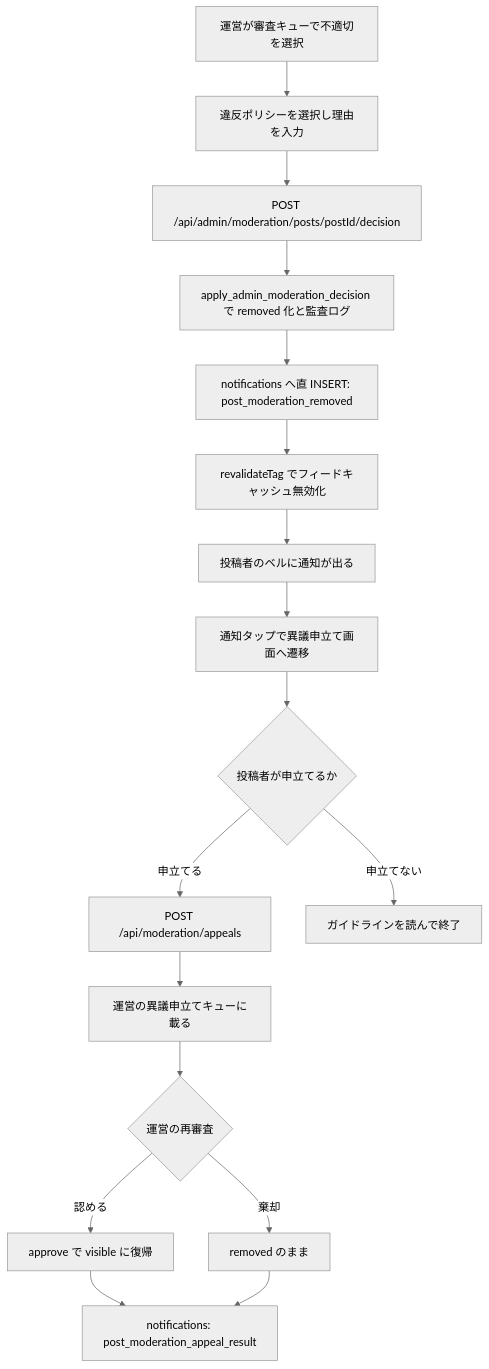
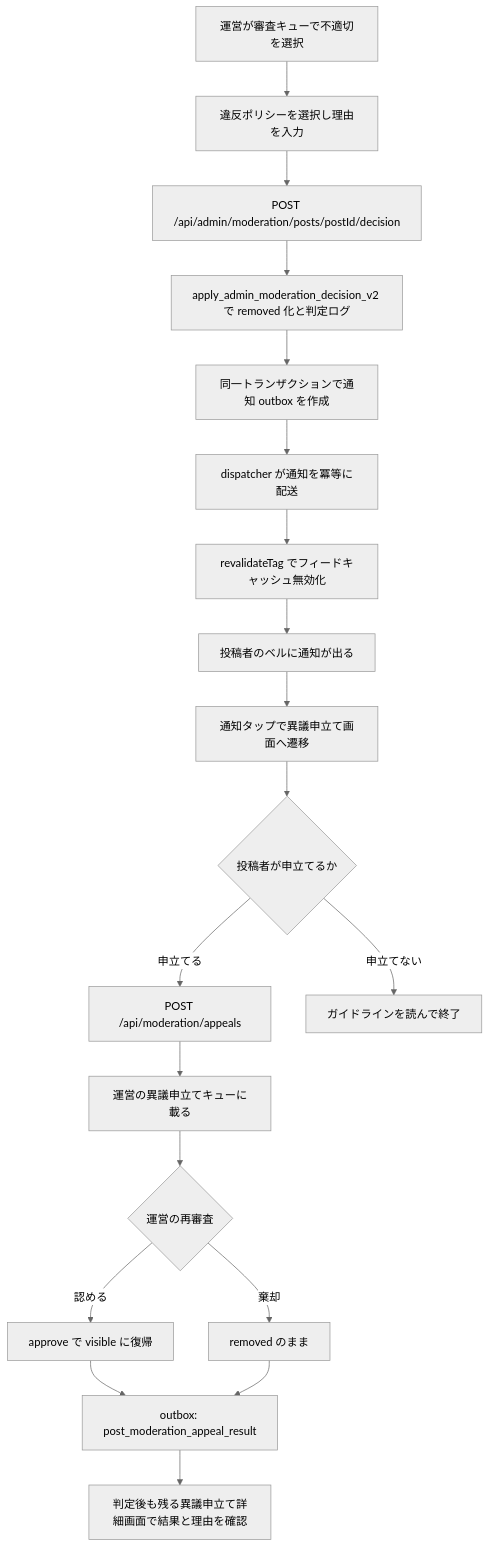
Before and after one commit to 3balljugglerYu/ai_coordinate: the second of 5 diagrams in docs/planning/post-moderation-notification-implementation-plan.md, drawn with Mermaid (neutral theme). The commit also changed other lines of this file, not shown here.

Commit message:
docs: harden post moderation notification plan

````diff
--- a/docs/planning/post-moderation-notification-implementation-plan.md
+++ b/docs/planning/post-moderation-notification-implementation-plan.md
@@ -110,19 +123,21 @@
 ```mermaid
 flowchart TD
     A["運営が審査キューで不適切を選択"] --> B["違反ポリシーを選択し理由を入力"]
     B --> C["POST /api/admin/moderation/posts/postId/decision"]
-    C --> D["apply_admin_moderation_decision で removed 化と監査ログ"]
-    D --> E["notifications へ直 INSERT: post_moderation_removed"]
-    E --> F["revalidateTag でフィードキャッシュ無効化"]
-    F --> G["投稿者のベルに通知が出る"]
+    C --> D["apply_admin_moderation_decision_v2 で removed 化と判定ログ"]
+    D --> E["同一トランザクションで通知 outbox を作成"]
+    E --> F["dispatcher が通知を冪等に配送"]
+    F --> F2["revalidateTag でフィードキャッシュ無効化"]
+    F2 --> G["投稿者のベルに通知が出る"]
     G --> H["通知タップで異議申立て画面へ遷移"]
     H --> I{"投稿者が申立てるか"}
     I -->|申立てる| J["POST /api/moderation/appeals"]
     I -->|申立てない| K["ガイドラインを読んで終了"]
     J --> L["運営の異議申立てキューに載る"]
     L --> M{"運営の再審査"}
     M -->|認める| N["approve で visible に復帰"]
     M -->|棄却| O["removed のまま"]
-    N --> P["notifications: post_moderation_appeal_result"]
+    N --> P["outbox: post_moderation_appeal_result"]
     O --> P
+    P --> Q["判定後も残る異議申立て詳細画面で結果と理由を確認"]
 ```
````
